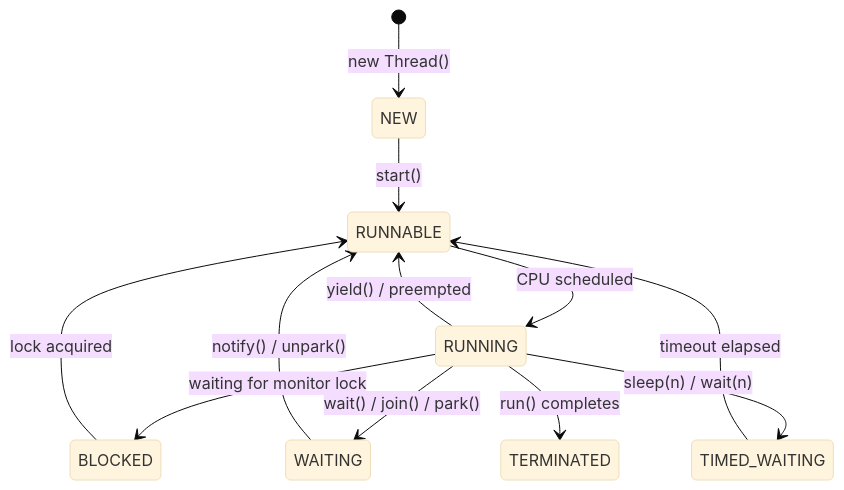
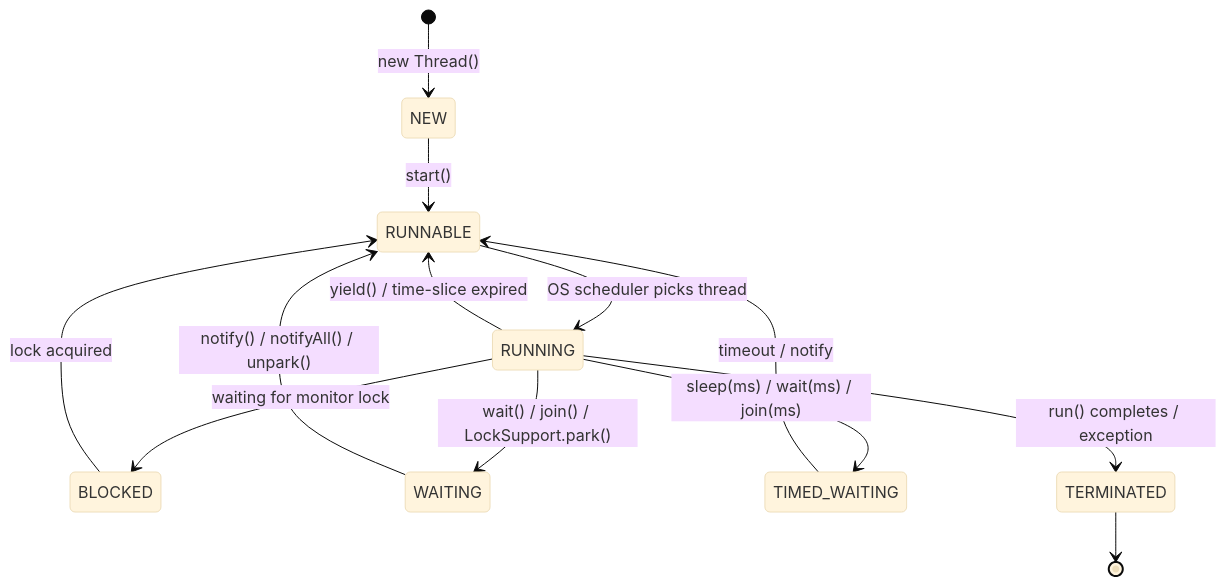
Before and after one commit to adityaSrivastava29/backend-interview-guide: diagram 12 of 22 in section-01-core-java.md, drawn with Mermaid (base theme). The commit also changed other lines of this file and 3 other files, not shown here.

````diff
--- a/section-01-core-java.md
+++ b/section-01-core-java.md
@@ -770,14 +3217,15 @@
 ```mermaid
 stateDiagram-v2
     [*] --> NEW: new Thread()
     NEW --> RUNNABLE: start()
-    RUNNABLE --> RUNNING: CPU scheduled
-    RUNNING --> RUNNABLE: yield() / preempted
+    RUNNABLE --> RUNNING: OS scheduler picks thread
+    RUNNING --> RUNNABLE: yield() / time-slice expired
     RUNNING --> BLOCKED: waiting for monitor lock
-    RUNNING --> WAITING: wait() / join() / park()
-    RUNNING --> TIMED_WAITING: sleep(n) / wait(n)
+    RUNNING --> WAITING: wait() / join() / LockSupport.park()
+    RUNNING --> TIMED_WAITING: sleep(ms) / wait(ms) / join(ms)
     BLOCKED --> RUNNABLE: lock acquired
-    WAITING --> RUNNABLE: notify() / unpark()
-    TIMED_WAITING --> RUNNABLE: timeout elapsed
-    RUNNING --> TERMINATED: run() completes
+    WAITING --> RUNNABLE: notify() / notifyAll() / unpark()
+    TIMED_WAITING --> RUNNABLE: timeout / notify
+    RUNNING --> TERMINATED: run() completes / exception
+    TERMINATED --> [*]
 ```
````
